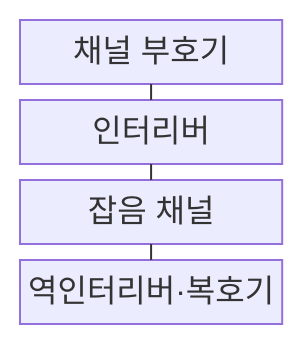
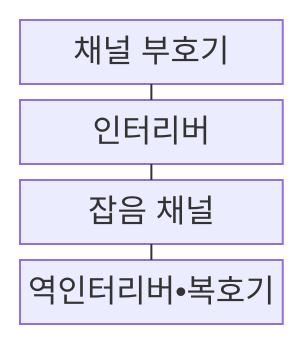
One commit to agnusdei1207/knowledge-base changed the first of 2 diagrams in src/content/docs/notes/04-network/063_channel_coding.md. Above: the diagram before and after it, drawn with Mermaid. The commit also changed other lines of this file and 953 other files, not shown here.

````diff
--- a/src/content/docs/notes/04-network/063_channel_coding.md
+++ b/src/content/docs/notes/04-network/063_channel_coding.md
@@ -65,11 +65,11 @@
 ```mermaid
 block-beta
     columns 1
     A["채널 부호기"]
     B["인터리버"]
     C["잡음 채널"]
-    D["역인터리버·복호기"]
+    D["역인터리버•복호기"]
     A --- B
     B --- C
     C --- D
 ```
````
